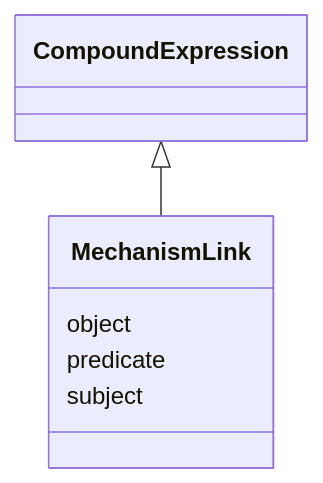
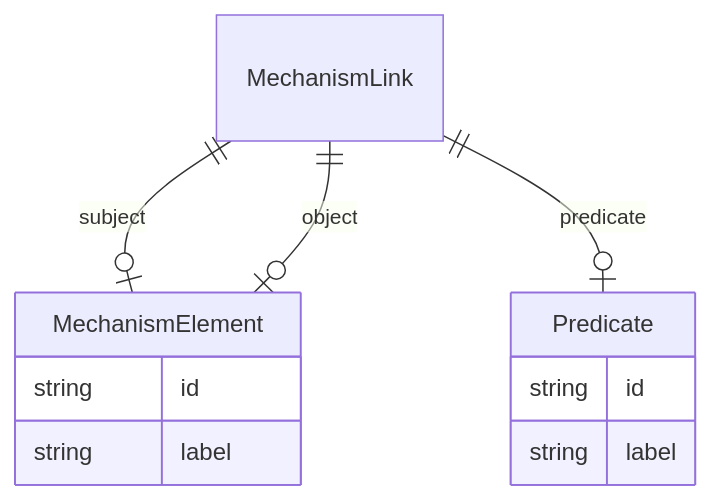
The diagram in docs/drug/MechanismLink.md (monarch-initiative/ontogpt), drawn with Mermaid before and after one commit. The commit also changed 187 other files, not shown here.

````diff
--- a/docs/drug/MechanismLink.md
+++ b/docs/drug/MechanismLink.md
@@ -8,10 +8,19 @@
 ```mermaid
- classDiagram
-    class MechanismLink
-      CompoundExpression <|-- MechanismLink
-      
-      MechanismLink : object
-      MechanismLink : predicate
-      MechanismLink : subject
-      
+erDiagram
+MechanismLink {
+
+}
+MechanismElement {
+    string id  
+    string label  
+}
+Predicate {
+    string id  
+    string label  
+}
+
+MechanismLink ||--|o MechanismElement : "subject"
+MechanismLink ||--|o Predicate : "predicate"
+MechanismLink ||--|o MechanismElement : "object"
+
 ```
````
